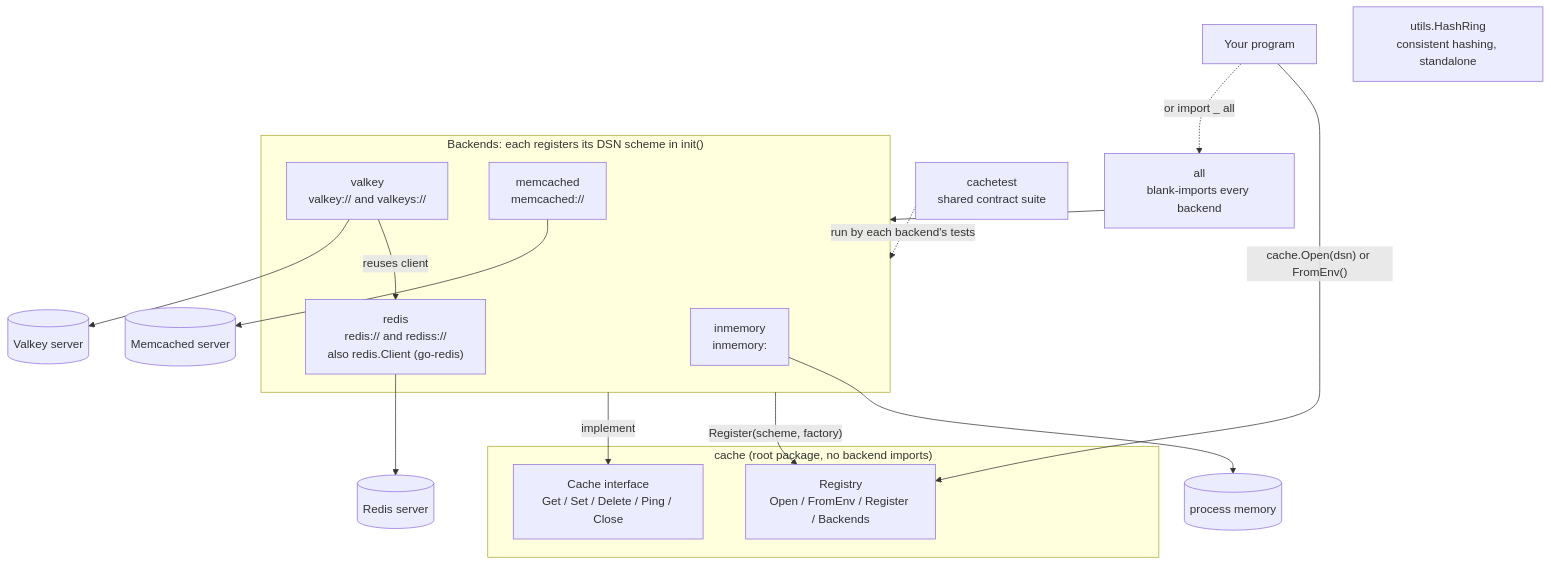
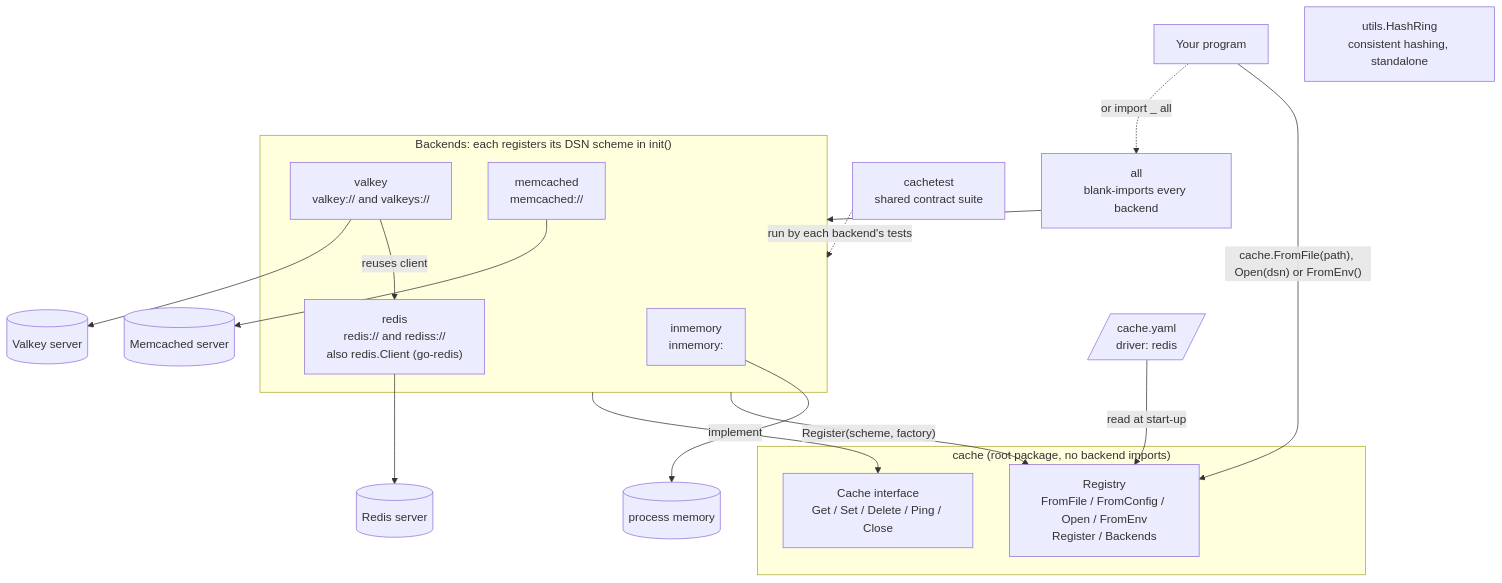
Before and after one commit to champ-isaac/cacheconnector: the diagram in README.md, drawn with Mermaid. The commit also changed other lines of this file and 7 other files, not shown here.

First line of the commit message:
Select cache driver from a YAML config file; harden registry config checks (#8)

````diff
--- a/README.md
+++ b/README.md
@@ -112,38 +182,40 @@
 ```mermaid
 flowchart TB
     app["Your program"]
 
     subgraph core["cache (root package, no backend imports)"]
         iface["Cache interface<br/>Get / Set / Delete / Ping / Close"]
-        reg["Registry<br/>Open / FromEnv / Register / Backends"]
+        reg["Registry<br/>FromFile / FromConfig / Open / FromEnv<br/>Register / Backends"]
     end
 
     subgraph backends["Backends: each registers its DSN scheme in init()"]
         mem["inmemory<br/>inmemory:"]
         redis["redis<br/>redis:// and rediss://<br/>also redis.Client (go-redis)"]
         valkey["valkey<br/>valkey:// and valkeys://"]
         mc["memcached<br/>memcached://"]
     end
 
     all["all<br/>blank-imports every backend"]
     ct["cachetest<br/>shared contract suite"]
     ring["utils.HashRing<br/>consistent hashing, standalone"]
 
     heap[("process memory")]
     rs[("Redis server")]
     vs[("Valkey server")]
     ms[("Memcached server")]
 
-    app -->|"cache.Open(dsn) or FromEnv()"| reg
+    cfg[/"cache.yaml<br/>driver: redis"/]
+    cfg -->|"read at start-up"| reg
+    app -->|"cache.FromFile(path), Open(dsn) or FromEnv()"| reg
     app -.->|"or import _ all"| all
     all --> backends
     backends -->|"Register(scheme, factory)"| reg
     backends -->|"implement"| iface
     valkey -->|"reuses client"| redis
     ct -.->|"run by each backend's tests"| backends
 
     mem --> heap
     redis --> rs
     valkey --> vs
     mc --> ms
 ```
````
